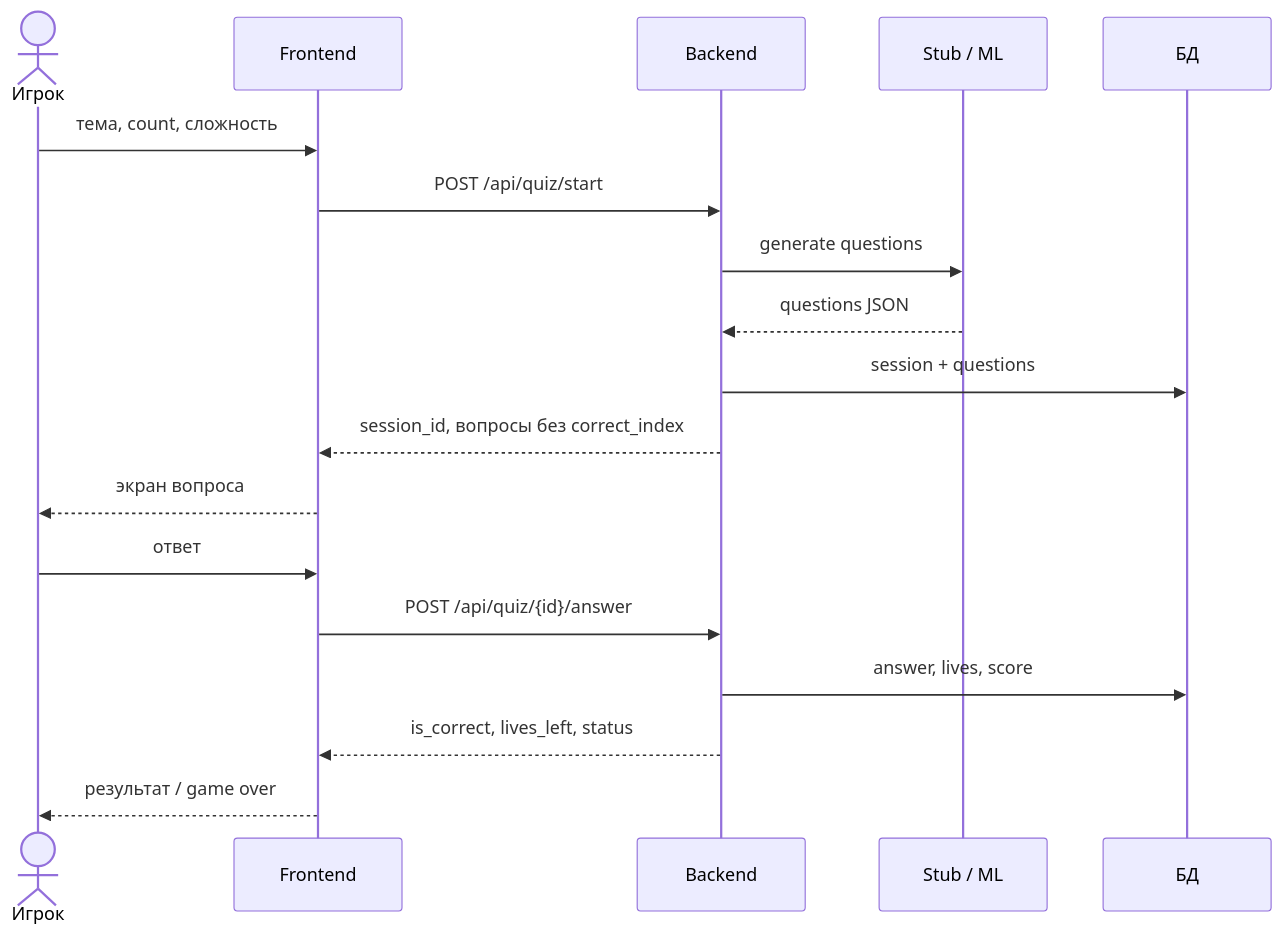
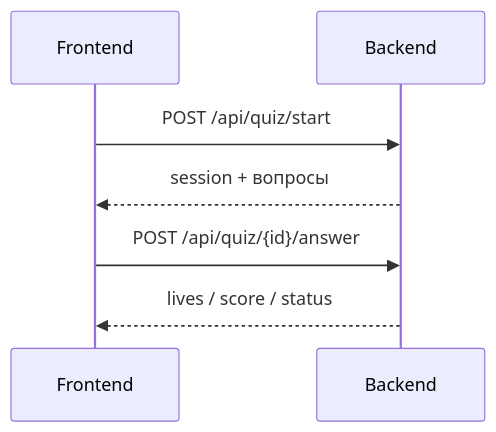
Before and after one commit to infinite-quiz/backend: the second of 4 diagrams in README.md, drawn with Mermaid. The commit also changed other lines of this file and 3 other files, not shown here.

````diff
--- a/README.md
+++ b/README.md
@@ -26,22 +26,9 @@
 ```mermaid
 sequenceDiagram
-  actor Player as Игрок
   participant FE as Frontend
   participant BE as Backend
-  participant Gen as Stub / ML
-  participant DB as БД
-
-  Player->>FE: тема, count, сложность
   FE->>BE: POST /api/quiz/start
-  BE->>Gen: generate questions
-  Gen-->>BE: questions JSON
-  BE->>DB: session + questions
-  BE-->>FE: session_id, вопросы без correct_index
-  FE-->>Player: экран вопроса
-
-  Player->>FE: ответ
+  BE-->>FE: session + вопросы
   FE->>BE: POST /api/quiz/{id}/answer
-  BE->>DB: answer, lives, score
-  BE-->>FE: is_correct, lives_left, status
-  FE-->>Player: результат / game over
+  BE-->>FE: lives / score / status
 ```
````
